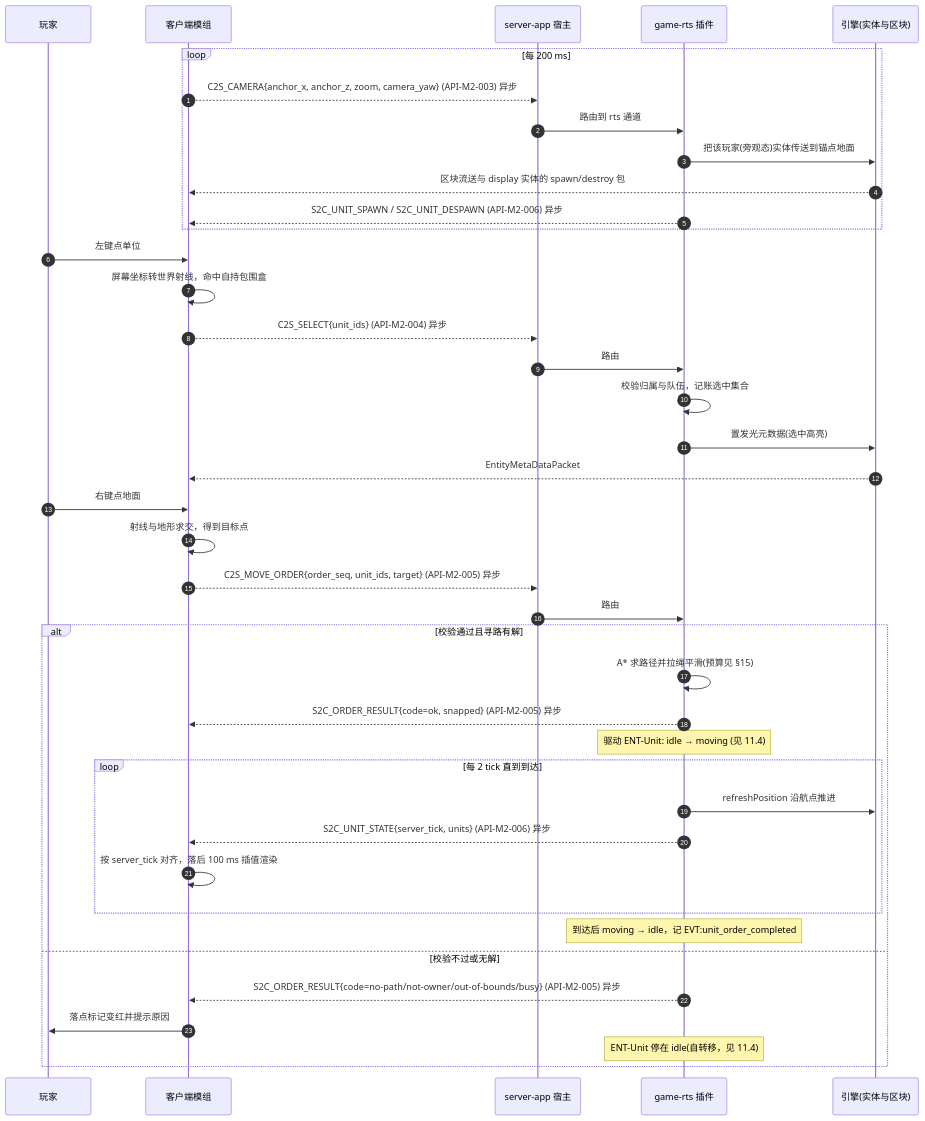
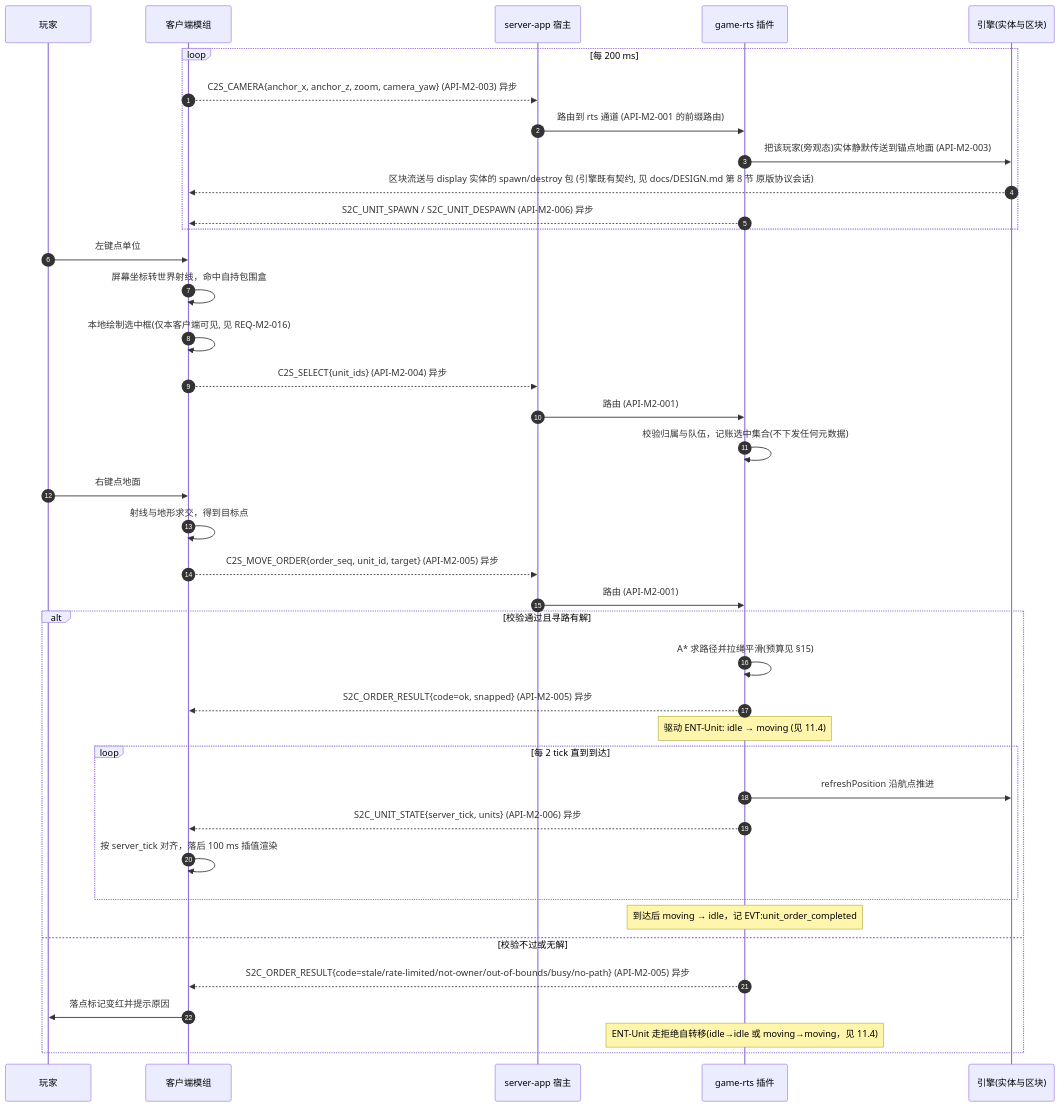
One commit to Bearisbug/synaxis changed the eighth of 9 diagrams in docs/DESIGN-M2.md. Above: the diagram before and after it, drawn with Mermaid. The commit also changed other lines of this file and 2 other files, not shown here.

````diff
--- a/docs/DESIGN-M2.md
+++ b/docs/DESIGN-M2.md
@@ -520,42 +565,41 @@
 ```mermaid
 sequenceDiagram
   autonumber
   participant U as 玩家
   participant M as 客户端模组
   participant H as server-app 宿主
   participant P as game-rts 插件
   participant EN as 引擎(实体与区块)
   loop 每 200 ms
     M-->>H: C2S_CAMERA{anchor_x, anchor_z, zoom, camera_yaw} (API-M2-003) 异步
-    H->>P: 路由到 rts 通道
-    P->>EN: 把该玩家(旁观态)实体传送到锚点地面
-    EN-->>M: 区块流送与 display 实体的 spawn/destroy 包
+    H->>P: 路由到 rts 通道 (API-M2-001 的前缀路由)
+    P->>EN: 把该玩家(旁观态)实体静默传送到锚点地面 (API-M2-003)
+    EN-->>M: 区块流送与 display 实体的 spawn/destroy 包 (引擎既有契约, 见 docs/DESIGN.md 第 8 节 原版协议会话)
     P-->>M: S2C_UNIT_SPAWN / S2C_UNIT_DESPAWN (API-M2-006) 异步
   end
   U->>M: 左键点单位
   M->>M: 屏幕坐标转世界射线，命中自持包围盒
+  M->>M: 本地绘制选中框(仅本客户端可见, 见 REQ-M2-016)
   M-->>H: C2S_SELECT{unit_ids} (API-M2-004) 异步
-  H->>P: 路由
-  P->>P: 校验归属与队伍，记账选中集合
-  P->>EN: 置发光元数据(选中高亮)
-  EN-->>M: EntityMetaDataPacket
+  H->>P: 路由 (API-M2-001)
+  P->>P: 校验归属与队伍，记账选中集合(不下发任何元数据)
   U->>M: 右键点地面
   M->>M: 射线与地形求交，得到目标点
-  M-->>H: C2S_MOVE_ORDER{order_seq, unit_ids, target} (API-M2-005) 异步
-  H->>P: 路由
+  M-->>H: C2S_MOVE_ORDER{order_seq, unit_id, target} (API-M2-005) 异步
+  H->>P: 路由 (API-M2-001)
   alt 校验通过且寻路有解
     P->>P: A* 求路径并拉绳平滑(预算见 §15)
     P-->>M: S2C_ORDER_RESULT{code=ok, snapped} (API-M2-005) 异步
     Note over P: 驱动 ENT-Unit: idle → moving (见 11.4)
     loop 每 2 tick 直到到达
       P->>EN: refreshPosition 沿航点推进
       P-->>M: S2C_UNIT_STATE{server_tick, units} (API-M2-006) 异步
       M->>M: 按 server_tick 对齐，落后 100 ms 插值渲染
     end
     Note over P: 到达后 moving → idle，记 EVT:unit_order_completed
   else 校验不过或无解
-    P-->>M: S2C_ORDER_RESULT{code=no-path/not-owner/out-of-bounds/busy} (API-M2-005) 异步
+    P-->>M: S2C_ORDER_RESULT{code=stale/rate-limited/not-owner/out-of-bounds/busy/no-path} (API-M2-005) 异步
     M->>U: 落点标记变红并提示原因
-    Note over P: ENT-Unit 停在 idle(自转移，见 11.4)
+    Note over P: ENT-Unit 走拒绝自转移(idle→idle 或 moving→moving，见 11.4)
   end
 ```
````
